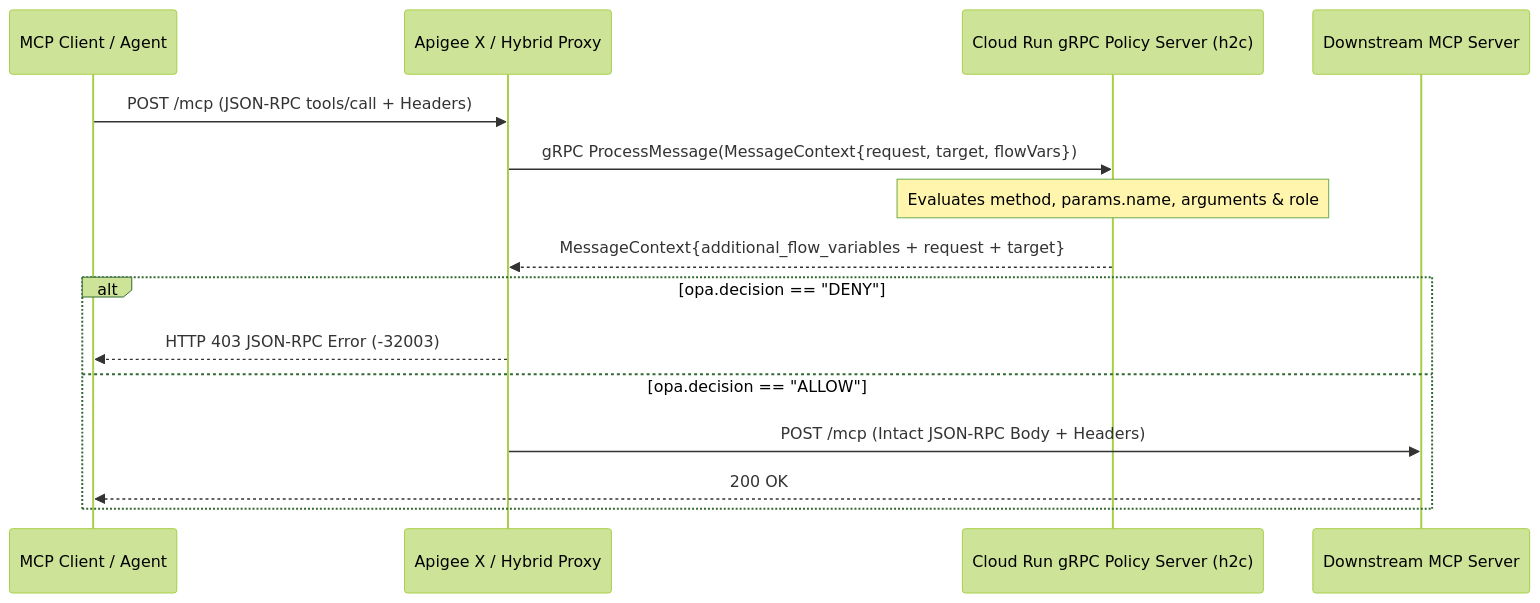
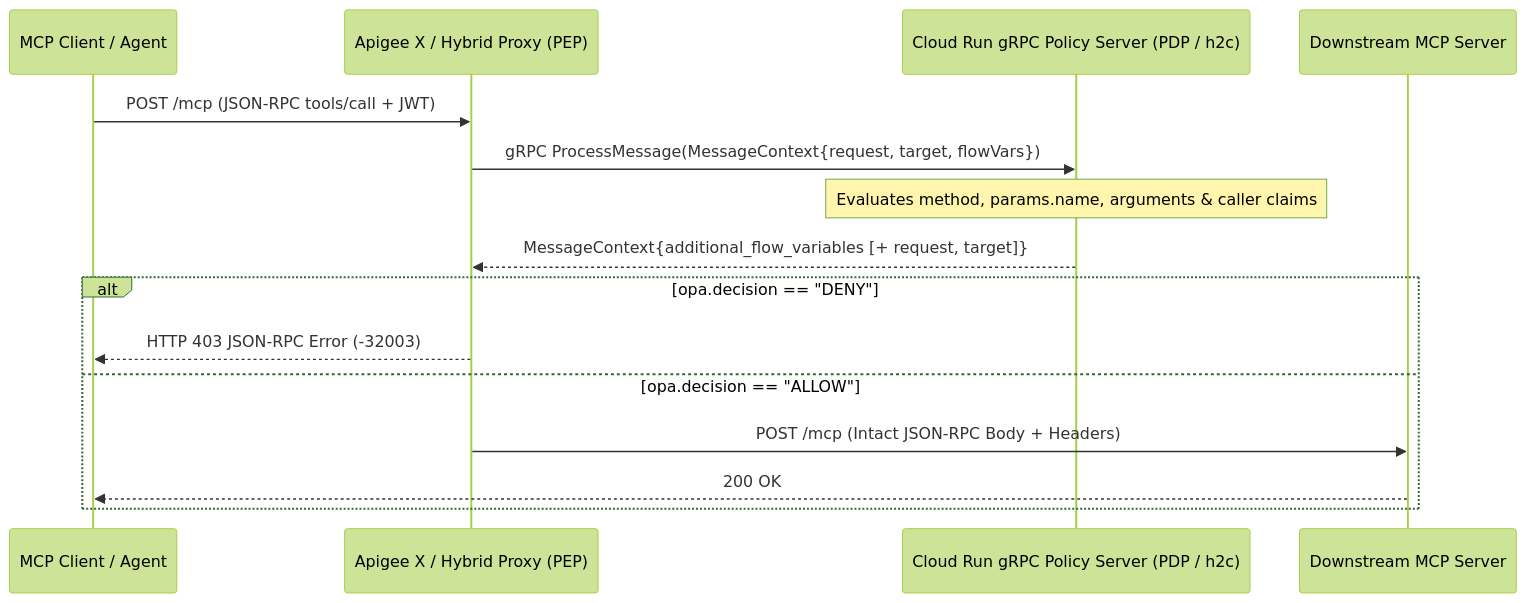
One commit to krisrowe/apigee-guides changed the diagram in examples/mcp-opa-callout/README.md. Above: the diagram before and after it, drawn with Mermaid (forest theme). The commit also changed other lines of this file and 3 other files, not shown here.

````diff
--- a/examples/mcp-opa-callout/README.md
+++ b/examples/mcp-opa-callout/README.md
@@ -26,18 +32,18 @@
 ```mermaid
 sequenceDiagram
     participant Client as MCP Client / Agent
-    participant Apigee as Apigee X / Hybrid Proxy
-    participant Grpc as Cloud Run gRPC Policy Server (h2c)
+    participant Apigee as Apigee X / Hybrid Proxy (PEP)
+    participant Grpc as Cloud Run gRPC Policy Server (PDP / h2c)
     participant Target as Downstream MCP Server
 
-    Client->>Apigee: POST /mcp (JSON-RPC tools/call + Headers)
+    Client->>Apigee: POST /mcp (JSON-RPC tools/call + JWT)
     Apigee->>Grpc: gRPC ProcessMessage(MessageContext{request, target, flowVars})
-    Note over Grpc: Evaluates method, params.name, arguments & role
-    Grpc-->>Apigee: MessageContext{additional_flow_variables + request + target}
+    Note over Grpc: Evaluates method, params.name, arguments & caller claims
+    Grpc-->>Apigee: MessageContext{additional_flow_variables [+ request, target]}
     alt opa.decision == "DENY"
         Apigee-->>Client: HTTP 403 JSON-RPC Error (-32003)
     else opa.decision == "ALLOW"
         Apigee->>Target: POST /mcp (Intact JSON-RPC Body + Headers)
         Target-->>Client: 200 OK
     end
 ```
````
